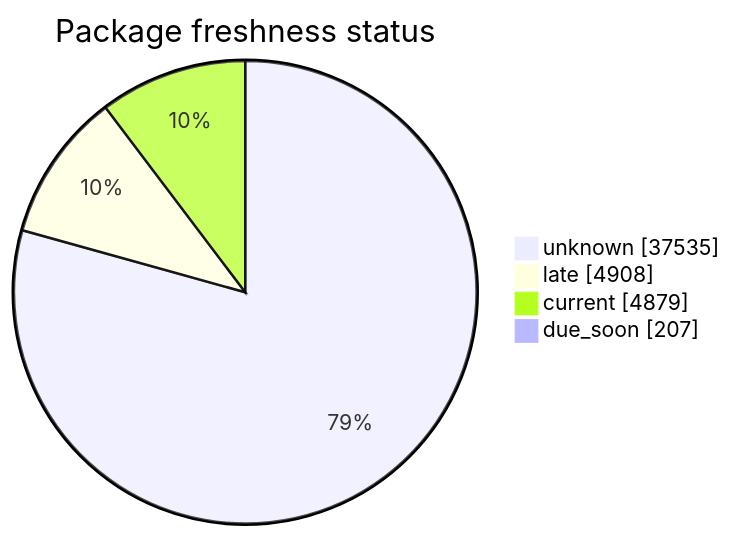
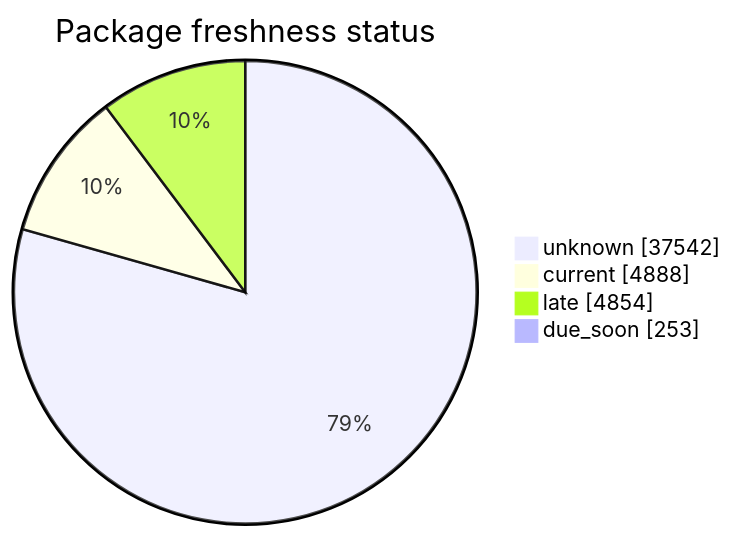
Before and after one commit to open-data/analytics-corporate-reporting: the second of 5 diagrams in FreshCheck/README.md, drawn with Mermaid. The commit also changed other lines of this file and 3 other files, not shown here.

````diff
--- a/FreshCheck/README.md
+++ b/FreshCheck/README.md
@@ -69,7 +69,7 @@
 ```mermaid
 pie showData title Package freshness status
-    "unknown": 37535
-    "late": 4908
-    "current": 4879
-    "due_soon": 207
+    "unknown": 37542
+    "current": 4888
+    "late": 4854
+    "due_soon": 253
 ```
````
